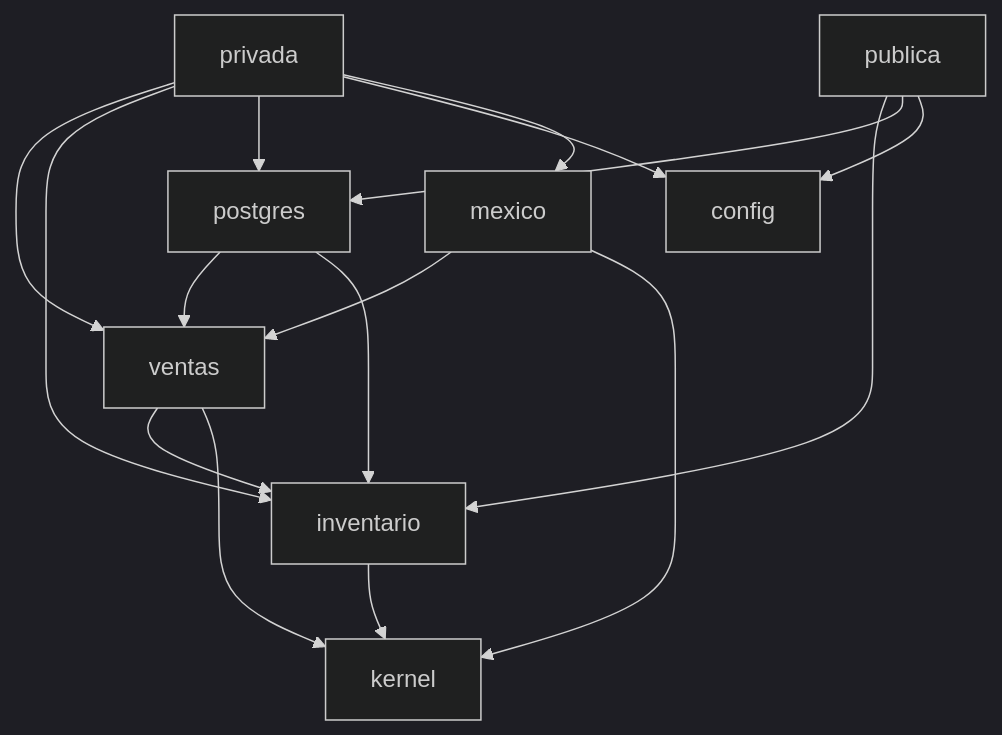
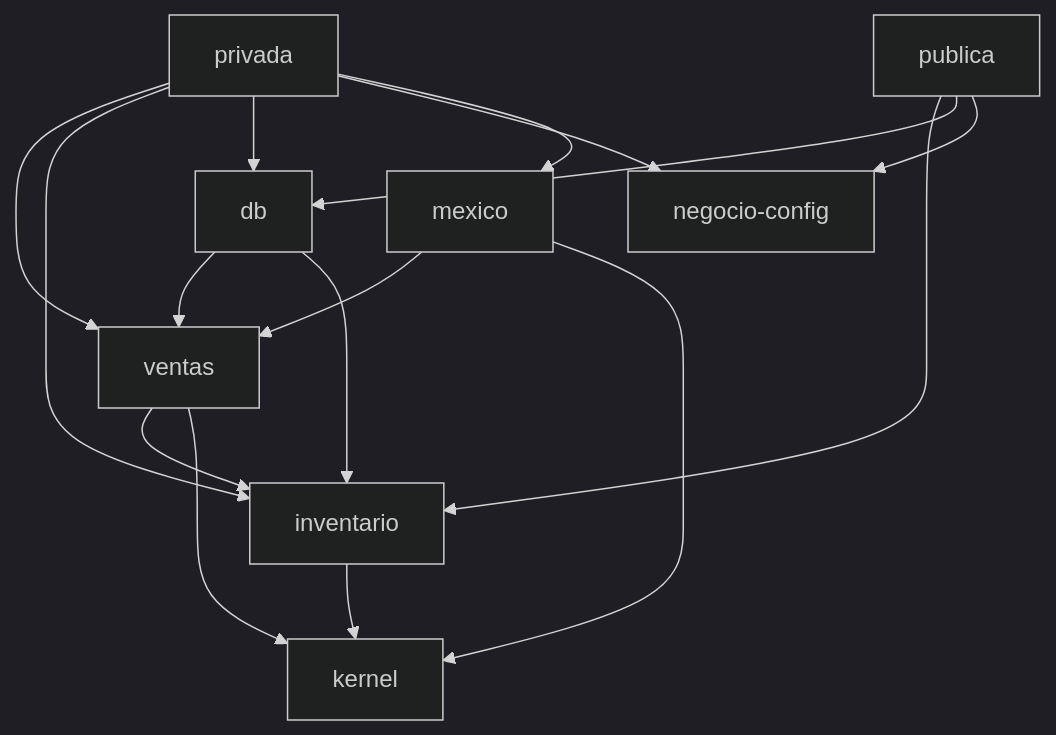
Before and after one commit to rogithub/ro_inventario: the diagram in docs/decisiones/2026-09-29-estructura-de-crates.md, drawn with Mermaid (dark theme). The commit also changed other lines of this file and 14 other files, not shown here.

````diff
--- a/docs/decisiones/2026-09-29-estructura-de-crates.md
+++ b/docs/decisiones/2026-09-29-estructura-de-crates.md
@@ -30,9 +30,9 @@
 ```mermaid
 graph TD
-  privada --> ventas & inventario & postgres & config & mexico
-  publica --> inventario & postgres & config
-  postgres --> ventas & inventario
+  privada --> ventas & inventario & db & negocioconfig[negocio-config] & mexico
+  publica --> inventario & db & negocioconfig
+  db --> ventas & inventario
   mexico --> ventas & kernel
   ventas --> inventario --> kernel
   ventas --> kernel
 ```
````
